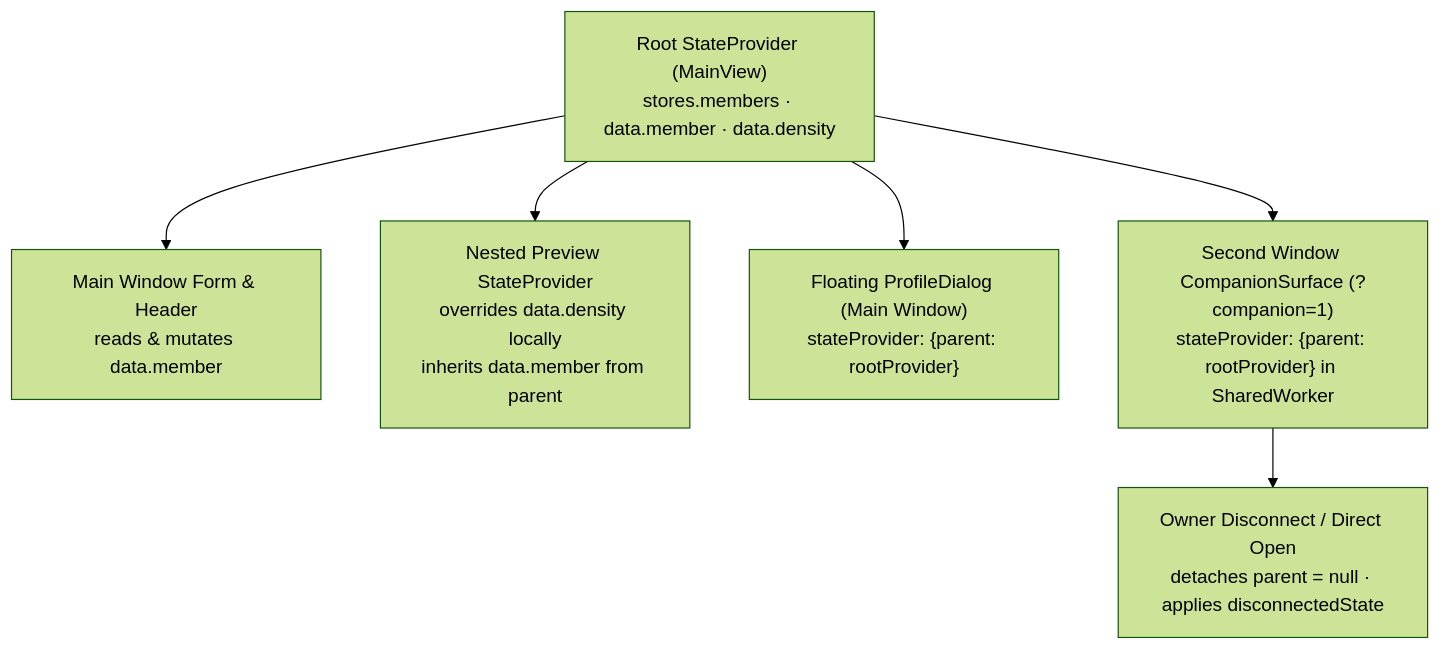
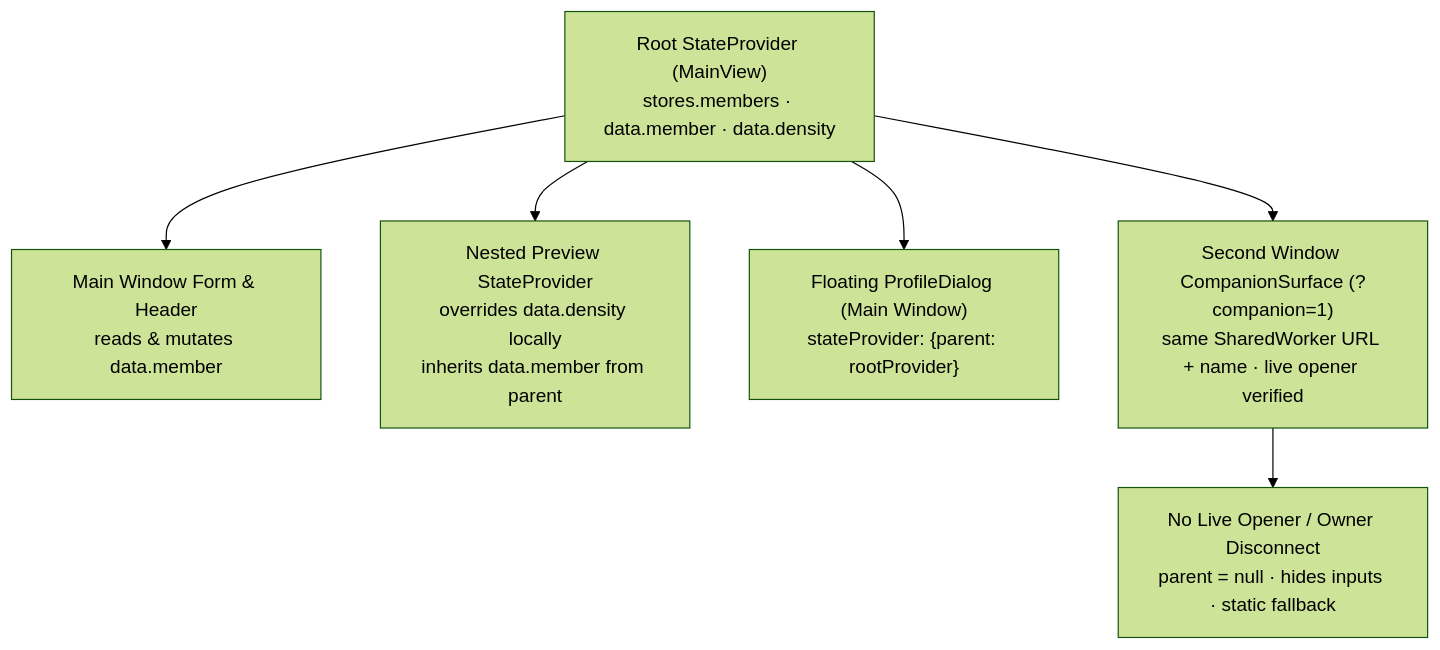
Before and after one commit to neomjs/neo: the diagram in learn/tutorials/SharedStateMultiSurface.md, drawn with Mermaid (forest theme). The commit also changed other lines of this file, not shown here.

Commit message:
fix(learn): add runnable local stages, non-editable detached UI, and SharedWorker scope (#22231)

````diff
--- a/learn/tutorials/SharedStateMultiSurface.md
+++ b/learn/tutorials/SharedStateMultiSurface.md
@@ -1216,15 +1664,15 @@
 ```mermaid
 flowchart TD
     Root["Root StateProvider (MainView)<br/>stores.members · data.member · data.density"]
     Form["Main Window Form & Header<br/>reads & mutates data.member"]
     Nested["Nested Preview StateProvider<br/>overrides data.density locally<br/>inherits data.member from parent"]
     Dialog["Floating ProfileDialog (Main Window)<br/>stateProvider: {parent: rootProvider}"]
-    Companion["Second Window CompanionSurface (?companion=1)<br/>stateProvider: {parent: rootProvider} in SharedWorker"]
-    Fallback["Owner Disconnect / Direct Open<br/>detaches parent = null · applies disconnectedState"]
+    Companion["Second Window CompanionSurface (?companion=1)<br/>same SharedWorker URL + name · live opener verified"]
+    Fallback["No Live Opener / Owner Disconnect<br/>parent = null · hides inputs · static fallback"]
 
     Root --> Form
     Root --> Nested
     Root --> Dialog
     Root --> Companion
     Companion --> Fallback
 ```
````
